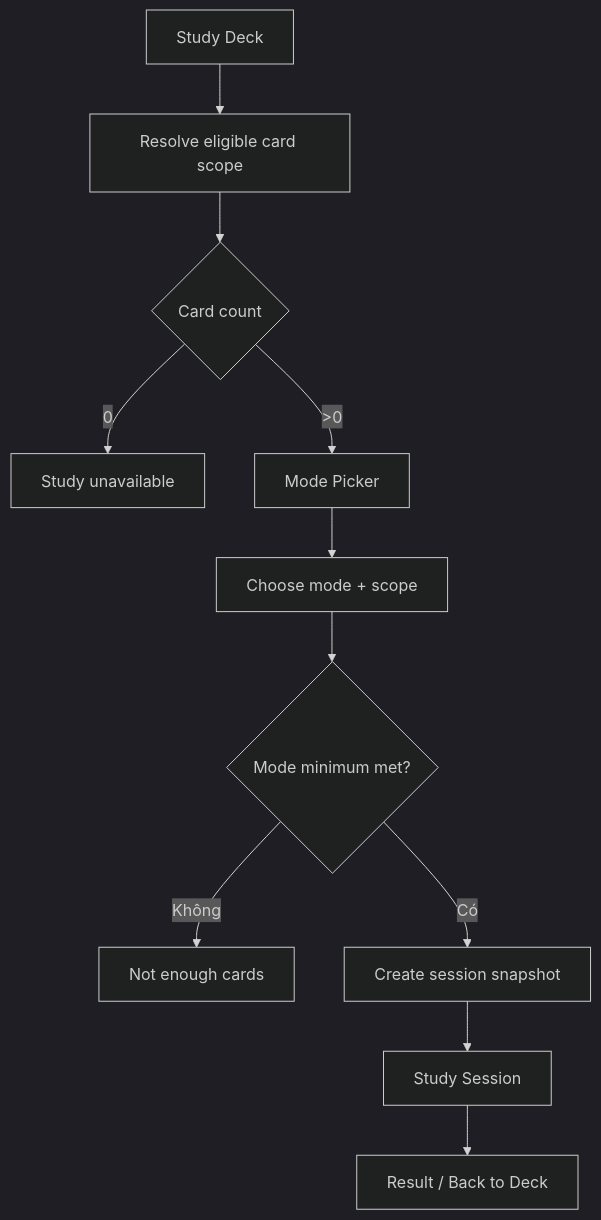
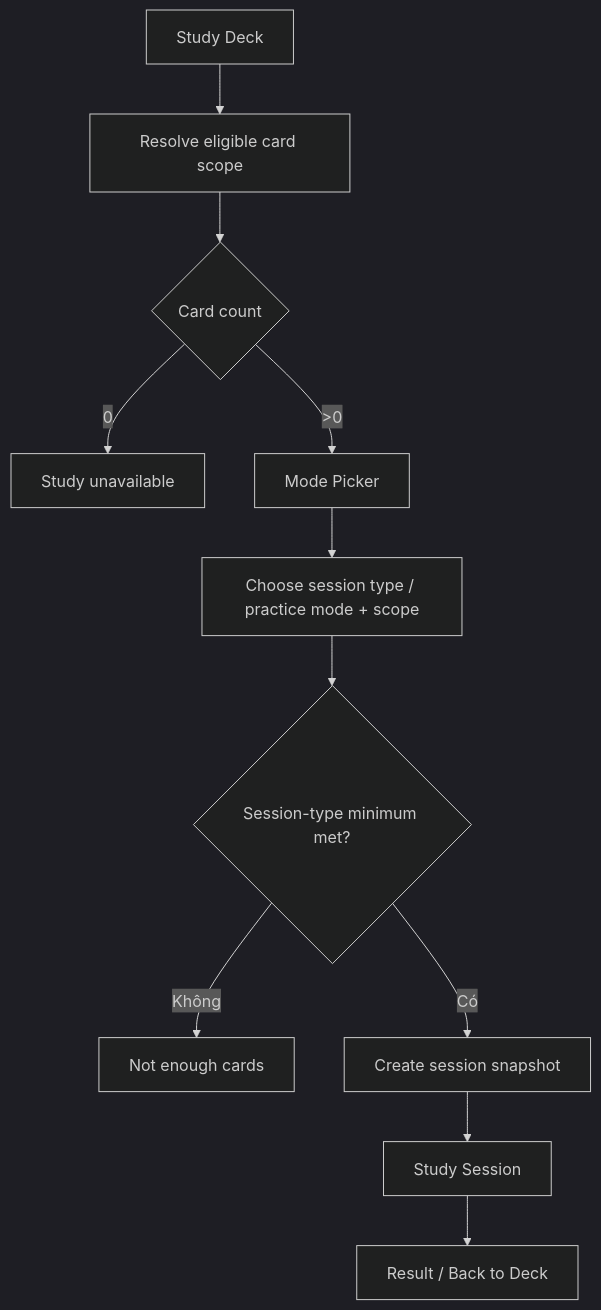
One commit to ntgptit/memox-v6 changed the diagram in docs/business/deck/study-deck.md. Above: the diagram before and after it, drawn with Mermaid (dark theme). The commit also changed other lines of this file and 124 other files, not shown here.

````diff
--- a/docs/business/deck/study-deck.md
+++ b/docs/business/deck/study-deck.md
@@ -27,13 +27,13 @@
 ```mermaid
 flowchart TD
     A["Study Deck"] --> B["Resolve eligible card scope"]
     B --> C{"Card count"}
     C -- "0" --> D["Study unavailable"]
     C -- ">0" --> E["Mode Picker"]
-    E --> F["Choose mode + scope"]
-    F --> G{"Mode minimum met?"}
+    E --> F["Choose session type / practice mode + scope"]
+    F --> G{"Session-type minimum met?"}
     G -- "Không" --> H["Not enough cards"]
     G -- "Có" --> I["Create session snapshot"]
     I --> J["Study Session"]
     J --> K["Result / Back to Deck"]
 ```
````
